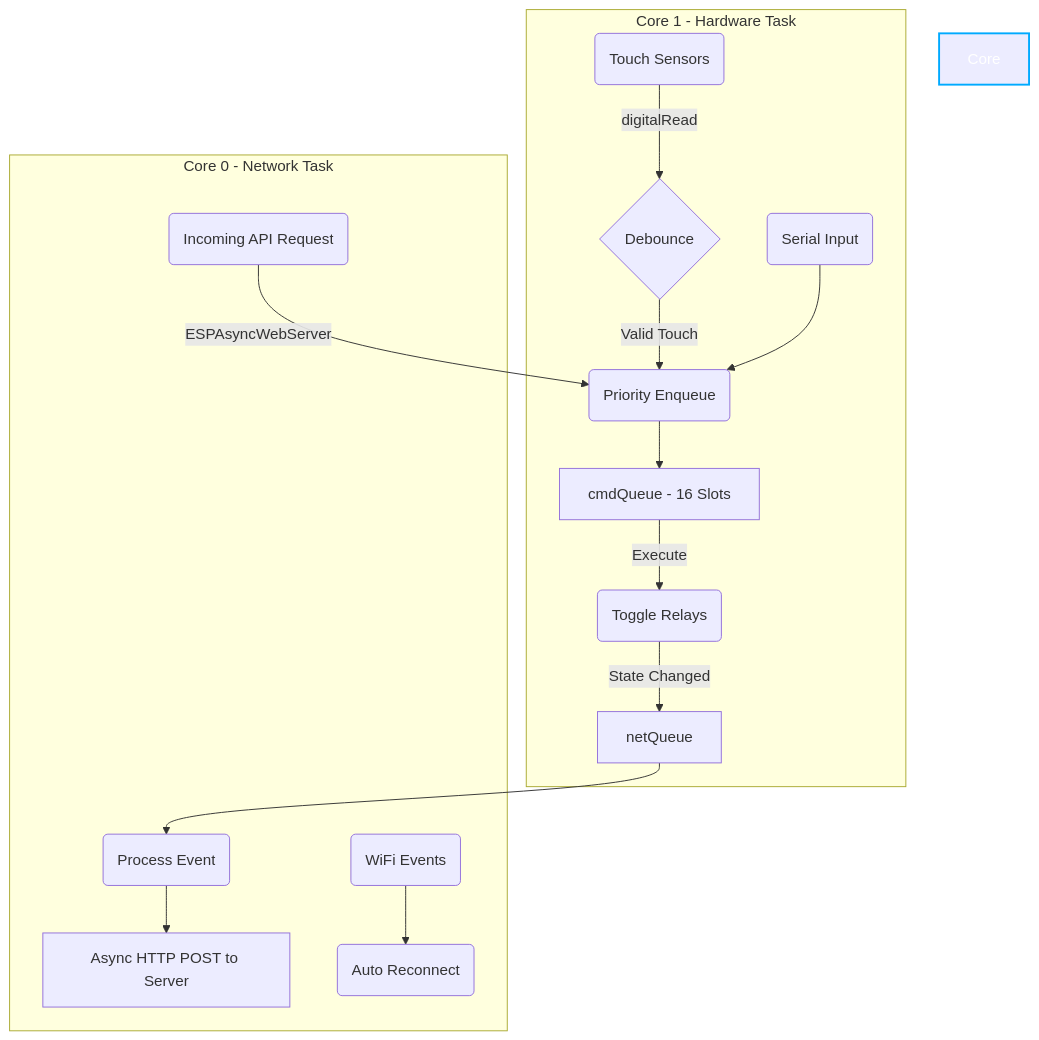
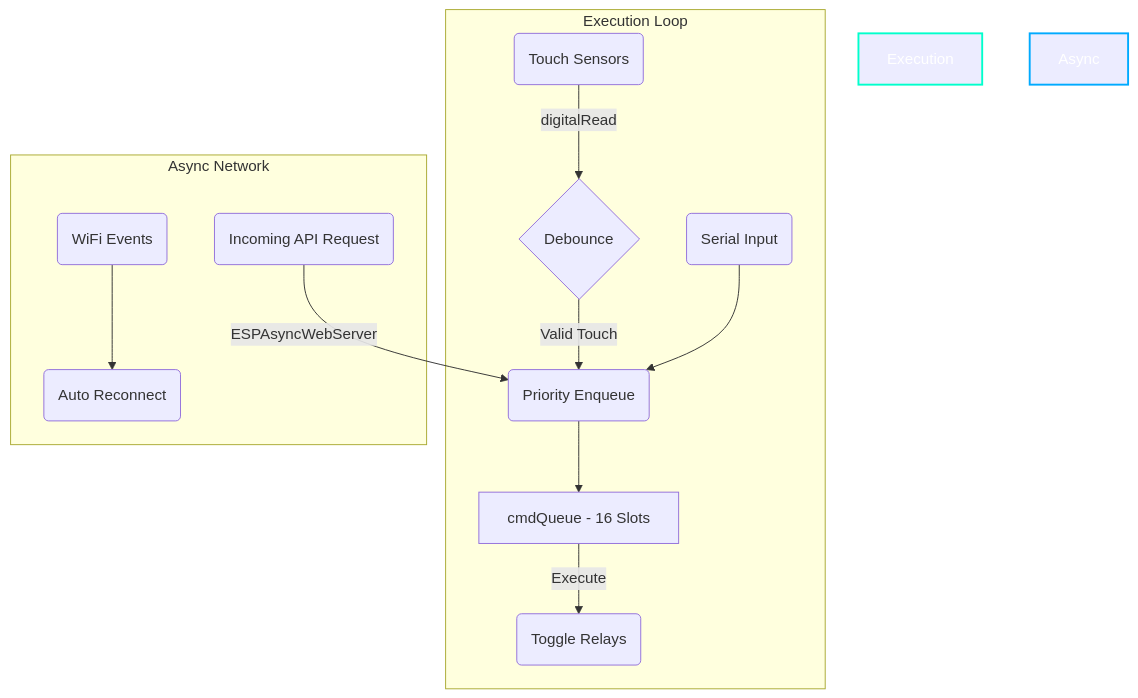
Before and after one commit to devakshay07/ERA-Smart-Relay-Node: the diagram in README.md, drawn with Mermaid. The commit also changed other lines of this file and 1 other file, not shown here.

Commit message:
Refactor: Make node fully standalone, remove master server dependencies

````diff
--- a/README.md
+++ b/README.md
@@ -27,21 +26,18 @@
 ```mermaid
 graph TD
-    subgraph Core 1 [Core 1 - Hardware Task]
+    subgraph Execution Loop
         A(Touch Sensors) -->|digitalRead| B{Debounce}
         B -->|Valid Touch| C(Priority Enqueue)
         S(Serial Input) --> C
         C --> D[cmdQueue - 16 Slots]
         D -->|Execute| E(Toggle Relays)
-        E -->|State Changed| F[netQueue]
     end
 
-    subgraph Core 0 [Core 0 - Network Task]
-        F --> G(Process Event)
-        G --> H[Async HTTP POST to Server]
+    subgraph Async Network
         W(WiFi Events) --> I(Auto Reconnect)
         API(Incoming API Request) -->|ESPAsyncWebServer| C
     end
     
-    style Core 1 fill:#2b2b2b,stroke:#00ffcc,stroke-width:2px,color:#fff
-    style Core 0 fill:#2b2b2b,stroke:#00aaff,stroke-width:2px,color:#fff
+    style Execution Loop fill:#2b2b2b,stroke:#00ffcc,stroke-width:2px,color:#fff
+    style Async Network fill:#2b2b2b,stroke:#00aaff,stroke-width:2px,color:#fff
 ```
````
